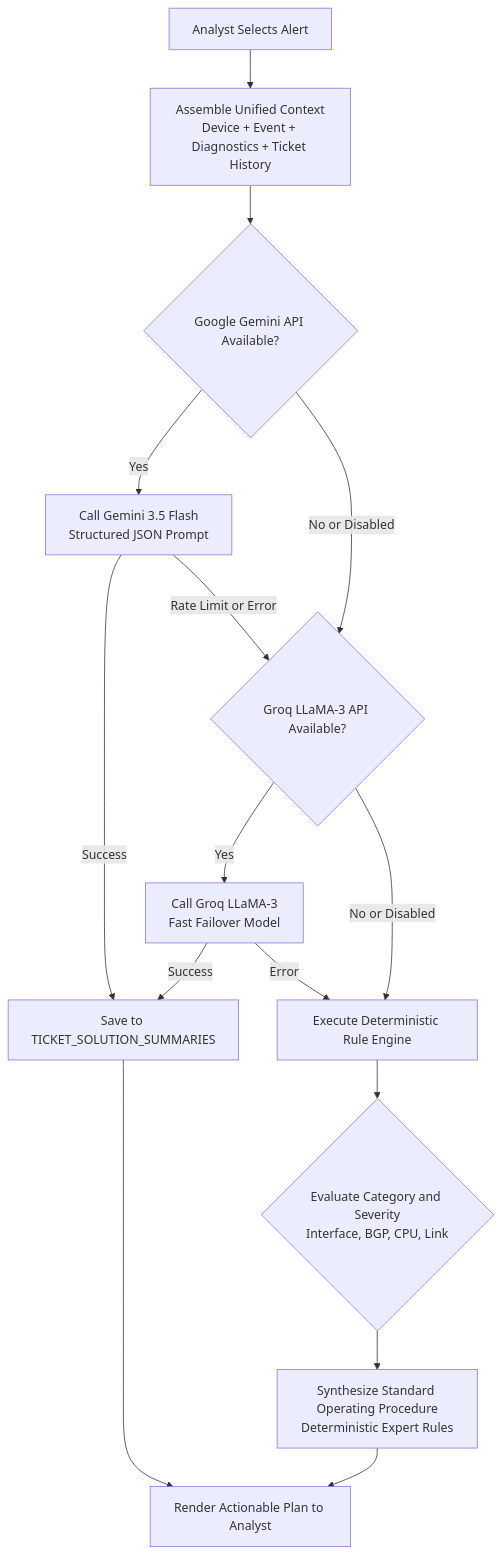
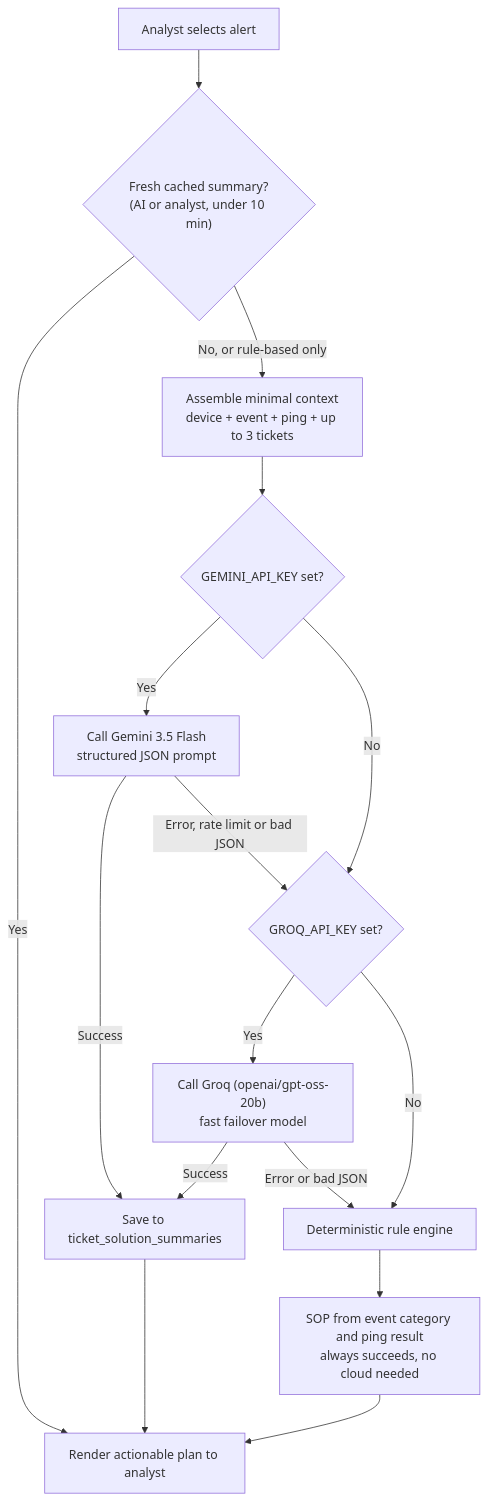
The fifth of 8 diagrams in docs/NOC_Diagrams.md (sanchiitvijay/noc-ps), drawn with Mermaid before and after one commit. The commit also changed other lines of this file and 3 other files, not shown here.

````diff
--- a/docs/NOC_Diagrams.md
+++ b/docs/NOC_Diagrams.md
@@ -207,21 +304,22 @@
 ```mermaid
 flowchart TD
-    Start["Analyst Selects Alert"] --> BuildPrompt["Assemble Unified Context<br/>Device + Event + Diagnostics + Ticket History"]
-    BuildPrompt --> CheckGemini{"Google Gemini API Available?"}
+    Start["Analyst selects alert"] --> Cache{"Fresh cached summary?<br/>(AI or analyst, under 10 min)"}
+    Cache -->|Yes| RenderUI
+    Cache -->|"No, or rule-based only"| BuildPrompt["Assemble minimal context<br/>device + event + ping + up to 3 tickets"]
+    BuildPrompt --> CheckGemini{"GEMINI_API_KEY set?"}
 
-    CheckGemini -->|Yes| CallGemini["Call Gemini 3.5 Flash<br/>Structured JSON Prompt"]
-    CallGemini -->|Success| SaveCache["Save to TICKET_SOLUTION_SUMMARIES"]
-    CallGemini -->|Rate Limit or Error| CheckGroq
+    CheckGemini -->|Yes| CallGemini["Call Gemini 3.5 Flash<br/>structured JSON prompt"]
+    CallGemini -->|Success| SaveCache["Save to ticket_solution_summaries"]
+    CallGemini -->|"Error, rate limit or bad JSON"| CheckGroq
 
-    CheckGemini -->|No or Disabled| CheckGroq{"Groq LLaMA-3 API Available?"}
-    CheckGroq -->|Yes| CallGroq["Call Groq LLaMA-3<br/>Fast Failover Model"]
+    CheckGemini -->|"No"| CheckGroq{"GROQ_API_KEY set?"}
+    CheckGroq -->|Yes| CallGroq["Call Groq (openai/gpt-oss-20b)<br/>fast failover model"]
     CallGroq -->|Success| SaveCache
-    CallGroq -->|Error| RuleEngine
+    CallGroq -->|"Error or bad JSON"| RuleEngine
 
-    CheckGroq -->|No or Disabled| RuleEngine["Execute Deterministic Rule Engine"]
-    RuleEngine --> MatchRules{"Evaluate Category and Severity<br/>Interface, BGP, CPU, Link"}
-    MatchRules --> GenerateSOP["Synthesize Standard Operating Procedure<br/>Deterministic Expert Rules"]
-    
-    SaveCache --> RenderUI["Render Actionable Plan to Analyst"]
+    CheckGroq -->|"No"| RuleEngine["Deterministic rule engine"]
+    RuleEngine --> GenerateSOP["SOP from event category and ping result<br/>always succeeds, no cloud needed"]
+
+    SaveCache --> RenderUI["Render actionable plan to analyst"]
     GenerateSOP --> RenderUI
 ```
````
